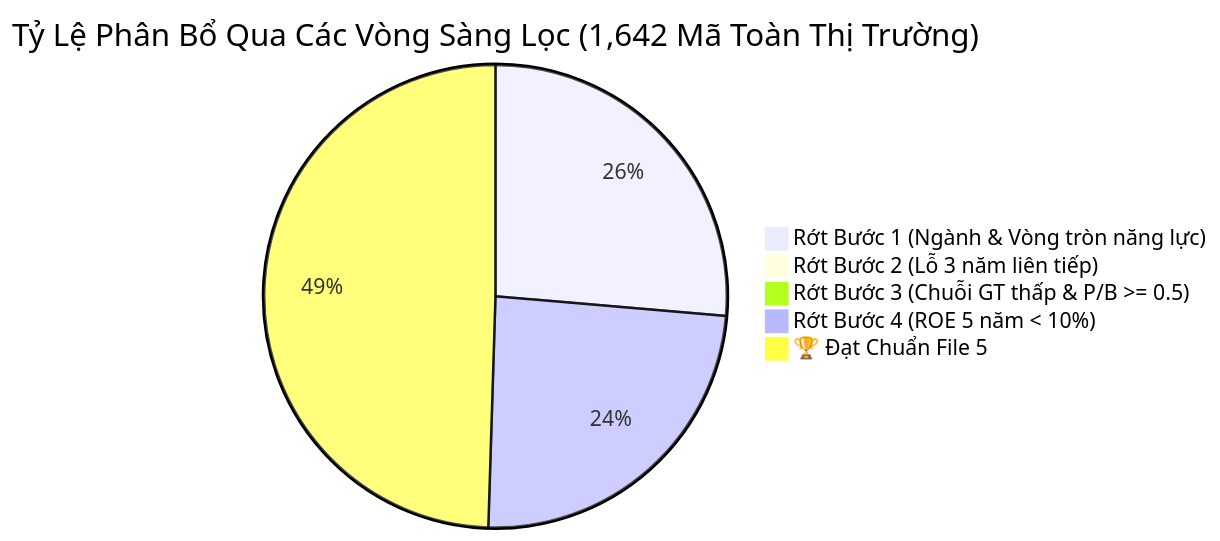
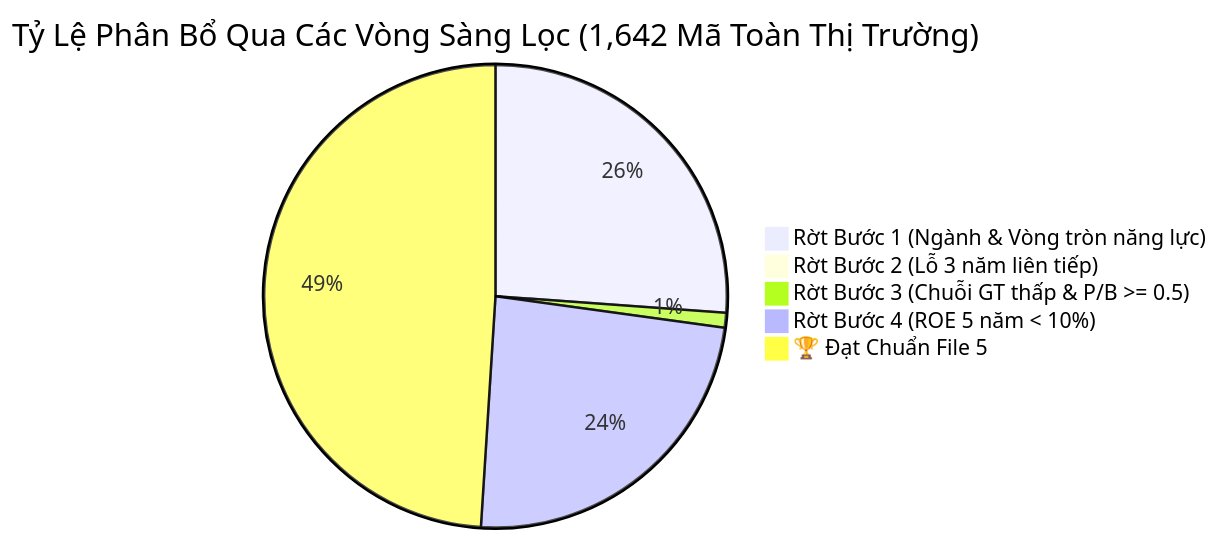
One commit to lenhan1102/pdf-analyzer changed the diagram in screenings/screening_dashboard.md. Above: the diagram before and after it, drawn with Mermaid. The commit also changed other lines of this file and 5 other files, not shown here.

````diff
--- a/screenings/screening_dashboard.md
+++ b/screenings/screening_dashboard.md
@@ -9,8 +9,8 @@
 ```mermaid
 pie title Tỷ Lệ Phân Bổ Qua Các Vòng Sàng Lọc (1,642 Mã Toàn Thị Trường)
-    "Rớt Bước 1 (Ngành & Vòng tròn năng lực)" : 428
-    "Rớt Bước 2 (Lỗ 3 năm liên tiếp)" : 2
-    "Rớt Bước 3 (Chuỗi GT thấp & P/B >= 0.5)" : 16
-    "Rớt Bước 4 (ROE 5 năm < 10%)" : 392
-    "🏆 Đạt Chuẩn File 5" : 804
+    "Rờt Bước 1 (Ngành & Vòng tròn năng lực)" : 430
+    "Rờt Bước 2 (Lỗ 3 năm liên tiếp)" : 2
+    "Rờt Bước 3 (Chuỗi GT thấp & P/B >= 0.5)" : 17
+    "Rờt Bước 4 (ROE 5 năm < 10%)" : 392
+    "🏆 Đạt Chuẩn File 5" : 806
 ```
````
